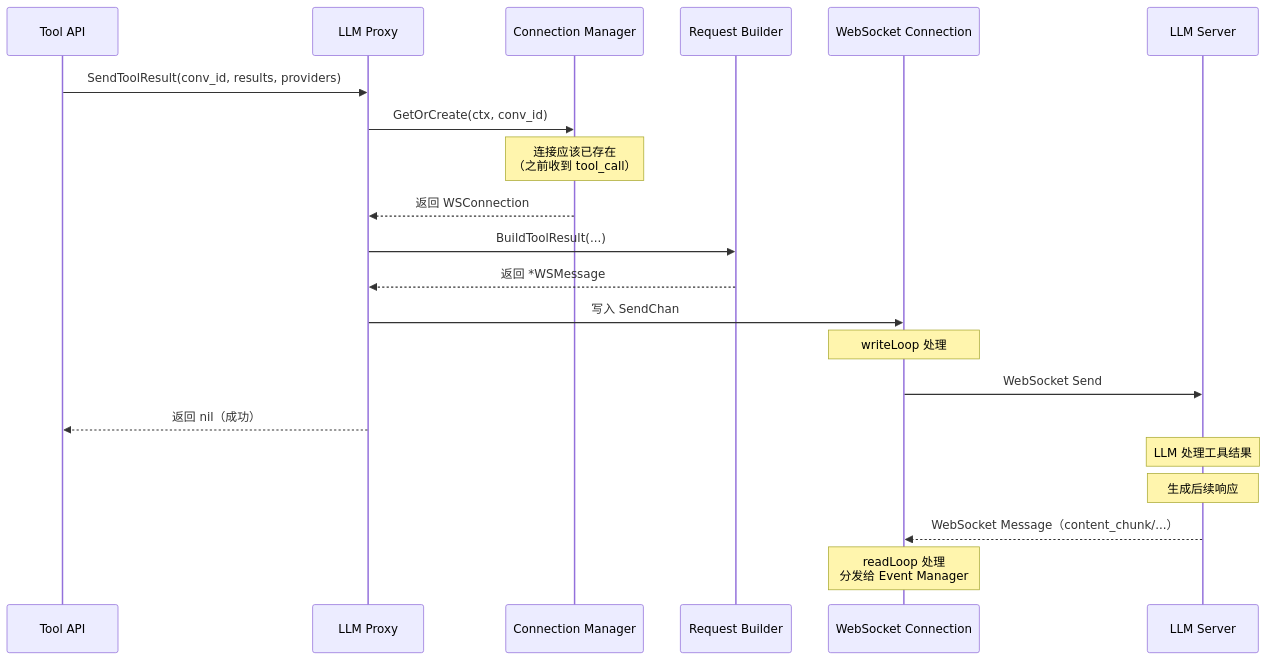
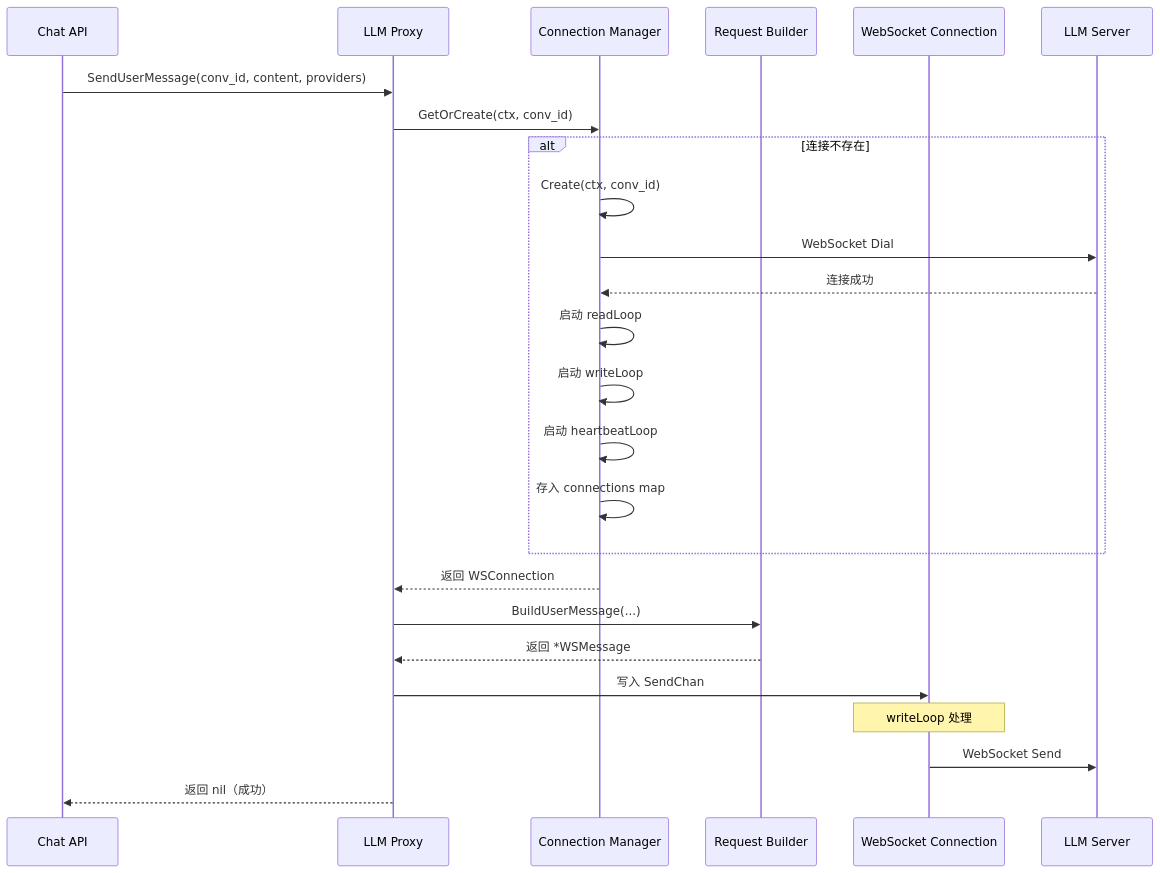
The diagram in all/未命名-10.md (yingjianzh/iodraw-files), drawn with Mermaid before and after one commit.

Commit message:
2025-12-25 18:13:50 update

````diff
--- a/all/未命名-10.md
+++ b/all/未命名-10.md
@@ -1,34 +1,35 @@
 ```mermaid
 sequenceDiagram
-    participant ToolAPI as Tool API
+    participant ChatAPI as Chat API
     participant LLMProxy as LLM Proxy
     participant ConnMgr as Connection Manager
     participant ReqBuilder as Request Builder
     participant WSConn as WebSocket Connection
     participant LLMServer as LLM Server
 
-    ToolAPI->>LLMProxy: SendToolResult(conv_id, results, providers)
+    ChatAPI->>LLMProxy: SendUserMessage(conv_id, content, providers)
     
     LLMProxy->>ConnMgr: GetOrCreate(ctx, conv_id)
     
-    Note over ConnMgr: 连接应该已存在<br/>（之前收到 tool_call）
+    alt 连接不存在
+        ConnMgr->>ConnMgr: Create(ctx, conv_id)
+        ConnMgr->>LLMServer: WebSocket Dial
+        LLMServer-->>ConnMgr: 连接成功
+        ConnMgr->>ConnMgr: 启动 readLoop
+        ConnMgr->>ConnMgr: 启动 writeLoop
+        ConnMgr->>ConnMgr: 启动 heartbeatLoop
+        ConnMgr->>ConnMgr: 存入 connections map
+    end
     
     ConnMgr-->>LLMProxy: 返回 WSConnection
     
-    LLMProxy->>ReqBuilder: BuildToolResult(...)
+    LLMProxy->>ReqBuilder: BuildUserMessage(...)
     ReqBuilder-->>LLMProxy: 返回 *WSMessage
     
     LLMProxy->>WSConn: 写入 SendChan
     
     Note over WSConn: writeLoop 处理
     WSConn->>LLMServer: WebSocket Send
     
-    LLMProxy-->>ToolAPI: 返回 nil（成功）
-    
-    Note over LLMServer: LLM 处理工具结果
-    Note over LLMServer: 生成后续响应
-    
-    LLMServer-->>WSConn: WebSocket Message（content_chunk/...）
-    
-    Note over WSConn: readLoop 处理<br/>分发给 Event Manager
+    LLMProxy-->>ChatAPI: 返回 nil（成功）
 ```
````
